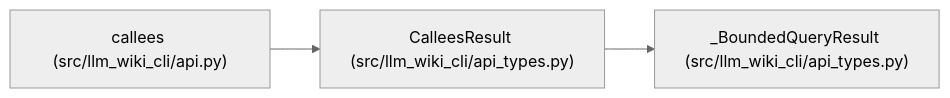
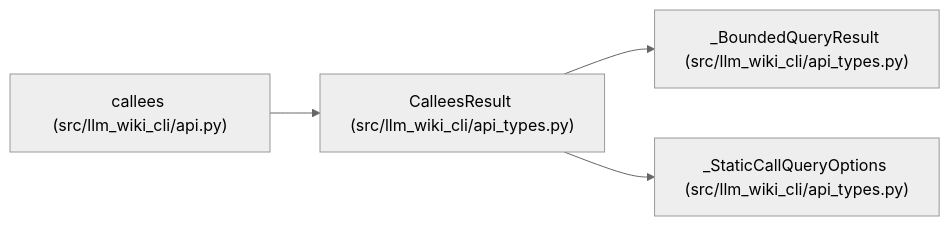
The diagram in docs/llm_wiki/entities/CalleesResult.md (Denissvgn/python-wiki-llm), drawn with Mermaid (neutral theme) before and after one commit. The commit also changed other lines of this file and 1410 other files, not shown here.

````diff
--- a/docs/llm_wiki/entities/CalleesResult.md
+++ b/docs/llm_wiki/entities/CalleesResult.md
@@ -26,11 +26,14 @@
 ```mermaid
 flowchart LR
     n0["CalleesResult (src/llm_wiki_cli/api_types.py)"]
     n1["_BoundedQueryResult (src/llm_wiki_cli/api_types.py)"]
-    n2["callees (src/llm_wiki_cli/api.py)"]
+    n2["_StaticCallQueryOptions (src/llm_wiki_cli/api_types.py)"]
+    n3["callees (src/llm_wiki_cli/api.py)"]
     n0 --> n1
-    n2 --> n0
+    n0 --> n2
+    n3 --> n0
     click n0 "../modules/api_types.md"
     click n1 "../modules/api_types.md"
-    click n2 "../modules/api.md"
+    click n2 "../modules/api_types.md"
+    click n3 "../modules/api.md"
 ```
````
